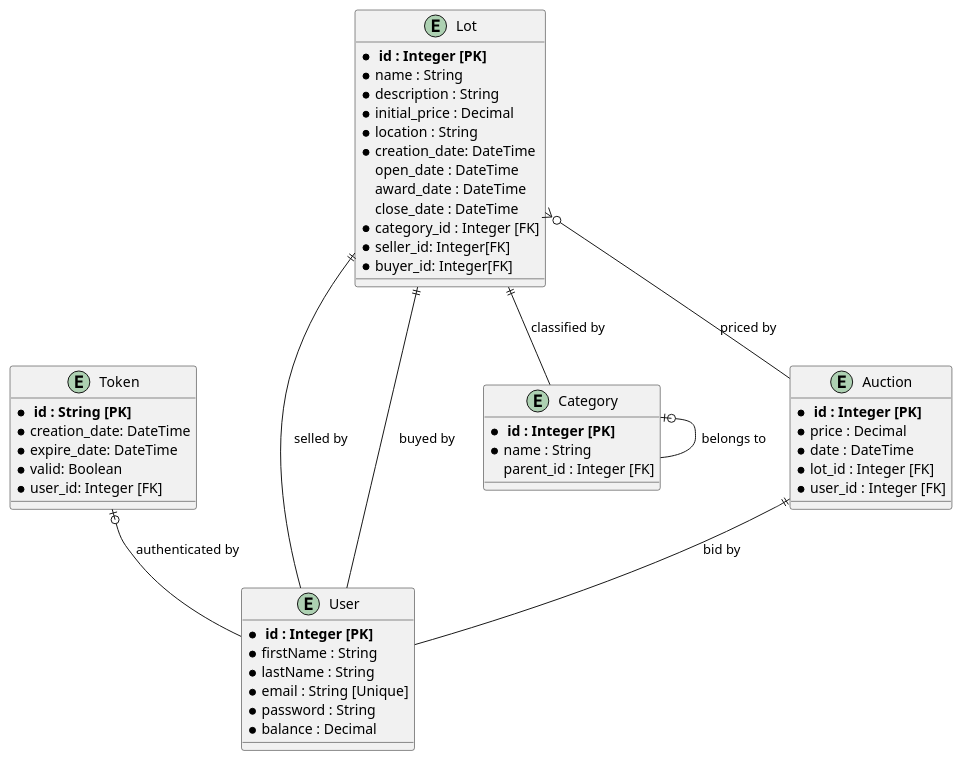
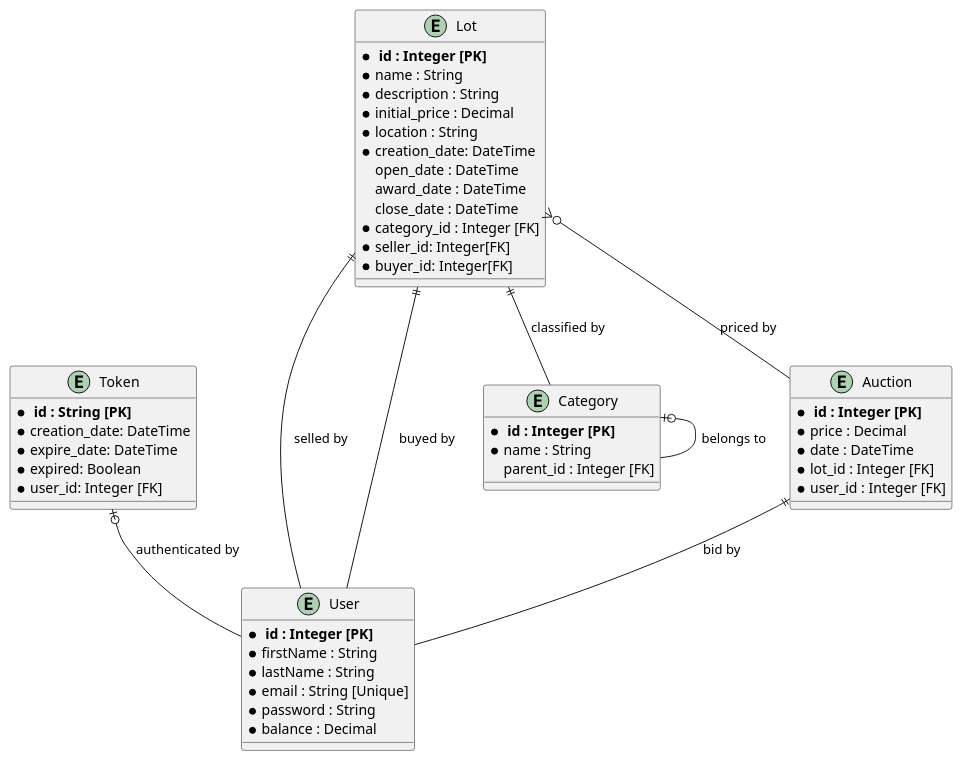
The diagram in docs/mld.puml (ETML-ES-LABEFE-MANUEL-THEO/BACKEND), drawn with PlantUML before and after one commit. The commit also changed 1 other file, not shown here.

```diff
--- a/docs/mld.puml
+++ b/docs/mld.puml
@@ -1,55 +1,55 @@
  @startuml
 
 entity User {
     * ** id : Integer [PK] **
     * firstName : String
     * lastName : String
     * email : String [Unique]
     * password : String
     * balance : Decimal
 }
 
 entity Token {
     * ** id : String [PK] **
     * creation_date: DateTime
     * expire_date: DateTime
-    * valid: Boolean
+    * expired: Boolean
     * user_id: Integer [FK]
 }
 Token |o-- User : authenticated by
 
 entity Category {
     * ** id : Integer [PK] **
     * name : String
     parent_id : Integer [FK]
 }
 Category |o-- Category : belongs to
 
 entity Lot {
     * ** id : Integer [PK] **
     * name : String
     * description : String
     * initial_price : Decimal
     * location : String
     * creation_date: DateTime
     open_date : DateTime
     award_date : DateTime
     close_date : DateTime
     * category_id : Integer [FK]
     * seller_id: Integer[FK]
     * buyer_id: Integer[FK]
 }
 Lot ||-- Category : classified by
 Lot ||-- User : selled by
 Lot ||-- User : buyed by
 
 entity Auction {
     * ** id : Integer [PK] **
     * price : Decimal
     * date : DateTime
     * lot_id : Integer [FK]
     * user_id : Integer [FK]
 }
 Lot }o-- Auction : priced by
 Auction ||-- User : bid by
 @enduml
```
